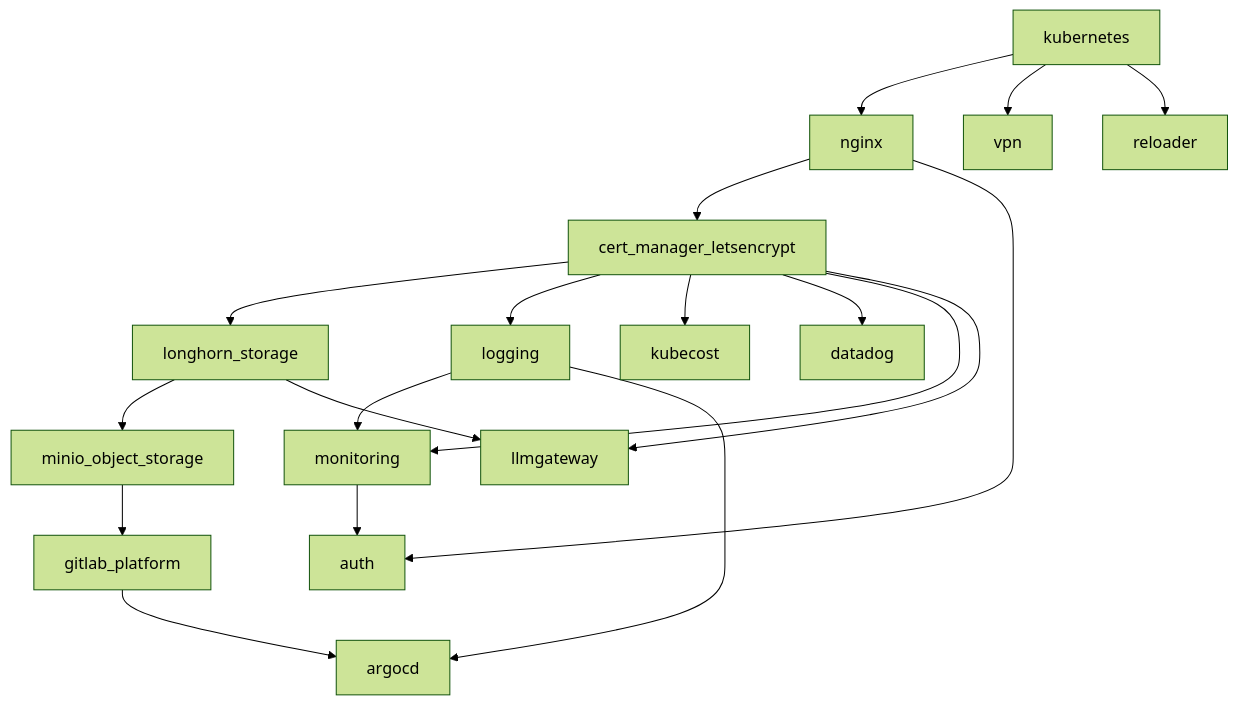
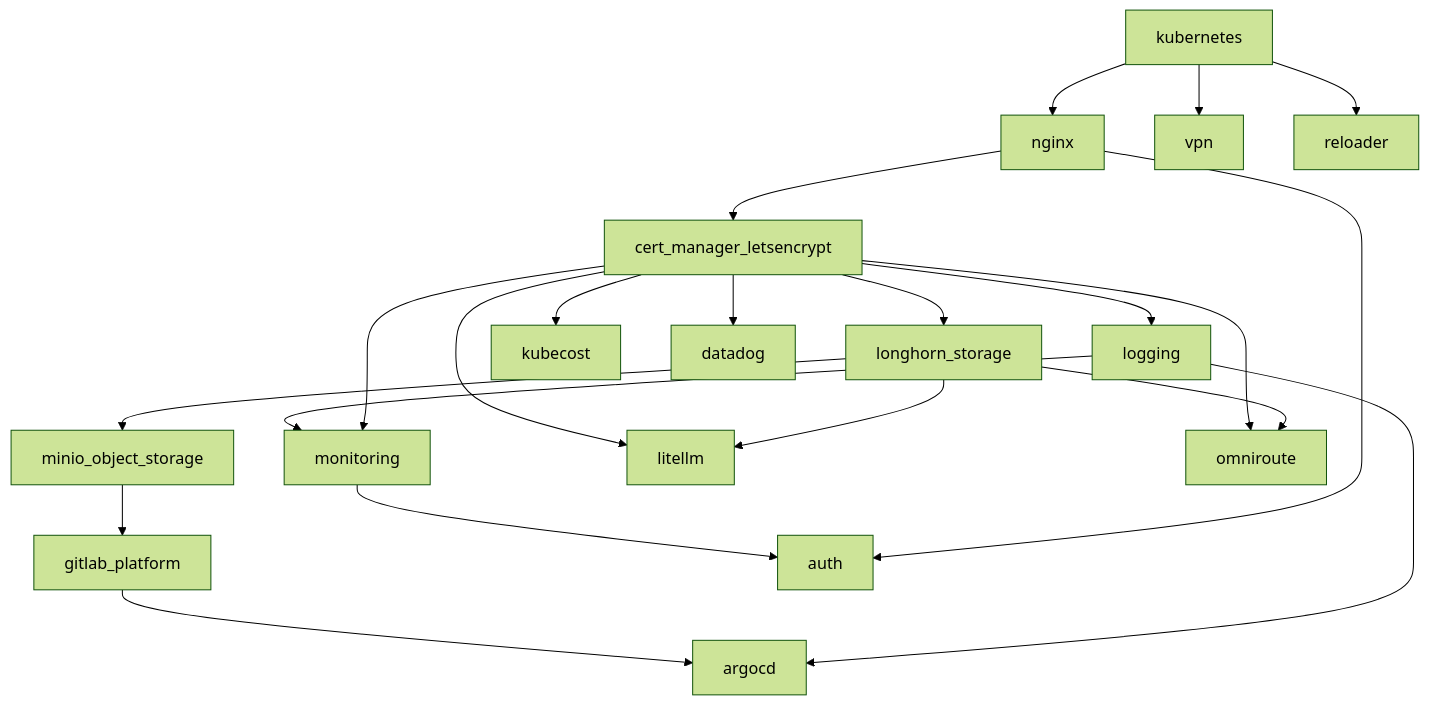
Before and after one commit to chrisleekr/homelab-infrastructure: the diagram in README.md, drawn with Mermaid (forest theme). The commit also changed other lines of this file and 38 other files, not shown here.

Commit message:
feat: replace llmgateway with litellm and omniroute-gateway modules (#101)

````diff
--- a/README.md
+++ b/README.md
@@ -209,37 +209,40 @@
 ```mermaid
 flowchart TD
     kubernetes[kubernetes]
     nginx[nginx]
     cert_manager[cert_manager_letsencrypt]
     longhorn[longhorn_storage]
     minio[minio_object_storage]
     gitlab[gitlab_platform]
     monitoring[monitoring]
     logging[logging]
     auth[auth]
     kubecost[kubecost]
     vpn[vpn]
     argocd[argocd]
     datadog[datadog]
     reloader[reloader]
-    llmgateway[llmgateway]
+    litellm[litellm]
+    omniroute[omniroute]
 
     kubernetes --> nginx
     nginx --> cert_manager
     cert_manager --> longhorn
     cert_manager --> logging
     cert_manager --> kubecost
     cert_manager --> datadog
     longhorn --> minio
     minio --> gitlab
     logging --> monitoring
     cert_manager --> monitoring
     monitoring --> auth
     nginx --> auth
     gitlab --> argocd
     logging --> argocd
     kubernetes --> vpn
     kubernetes --> reloader
-    cert_manager --> llmgateway
-    longhorn --> llmgateway
+    cert_manager --> litellm
+    longhorn --> litellm
+    cert_manager --> omniroute
+    longhorn --> omniroute
 ```
````
